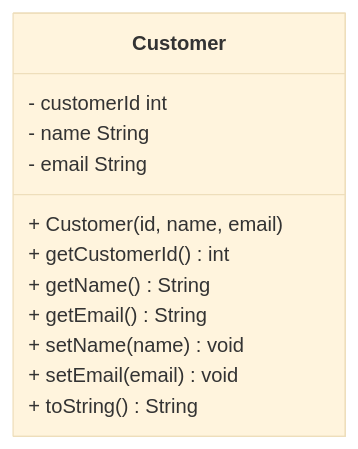
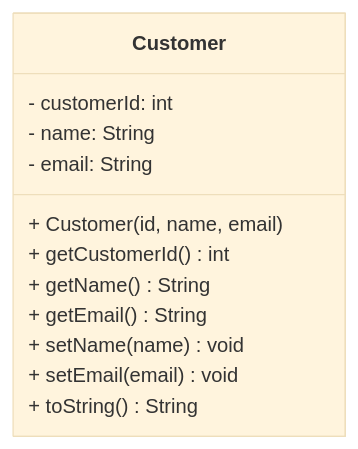
Before and after one commit to KristyH89/Excersises7-OOP1: the second of 4 diagrams in README.md, drawn with Mermaid (base theme). The commit also changed other lines of this file, not shown here.

````diff
--- a/README.md
+++ b/README.md
@@ -21,15 +21,15 @@
 ```mermaid
 classDiagram
 class Customer {
-- customerId int
-- name String
-- email String           
+- customerId: int
+- name: String
+- email: String           
 + Customer(id, name, email) 
 + getCustomerId() int    
 + getName() String       
 + getEmail() String      
 + setName(name) void     
 + setEmail(email) void   
 + toString() String      
 }
 ```
````
